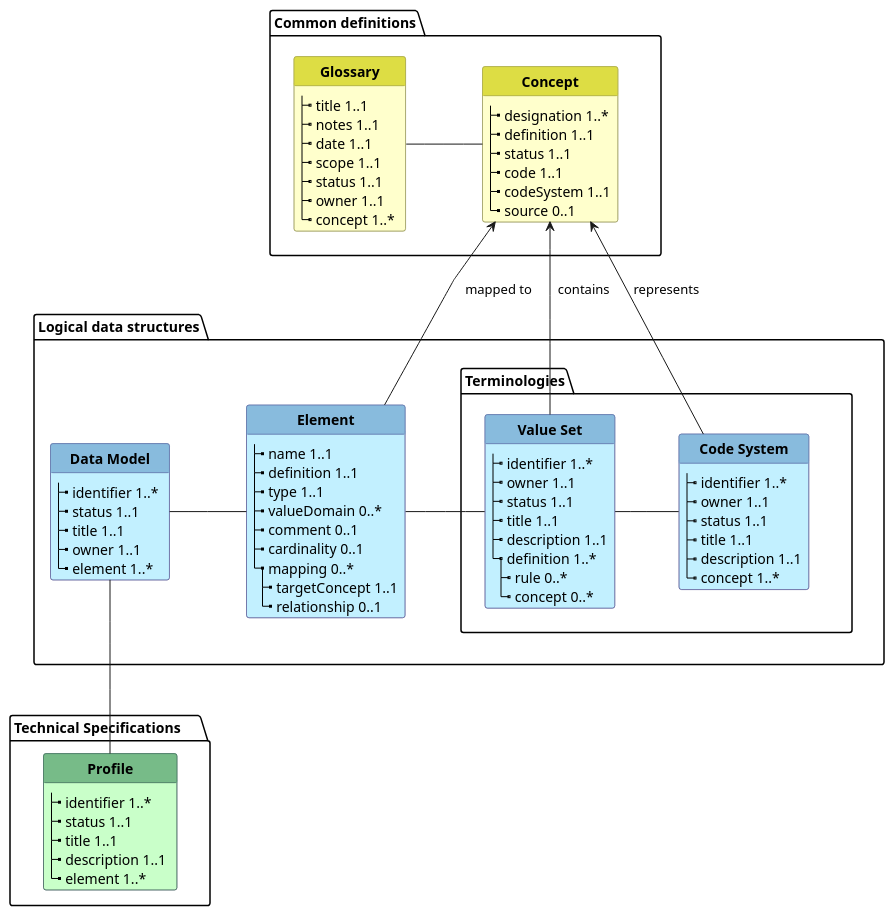
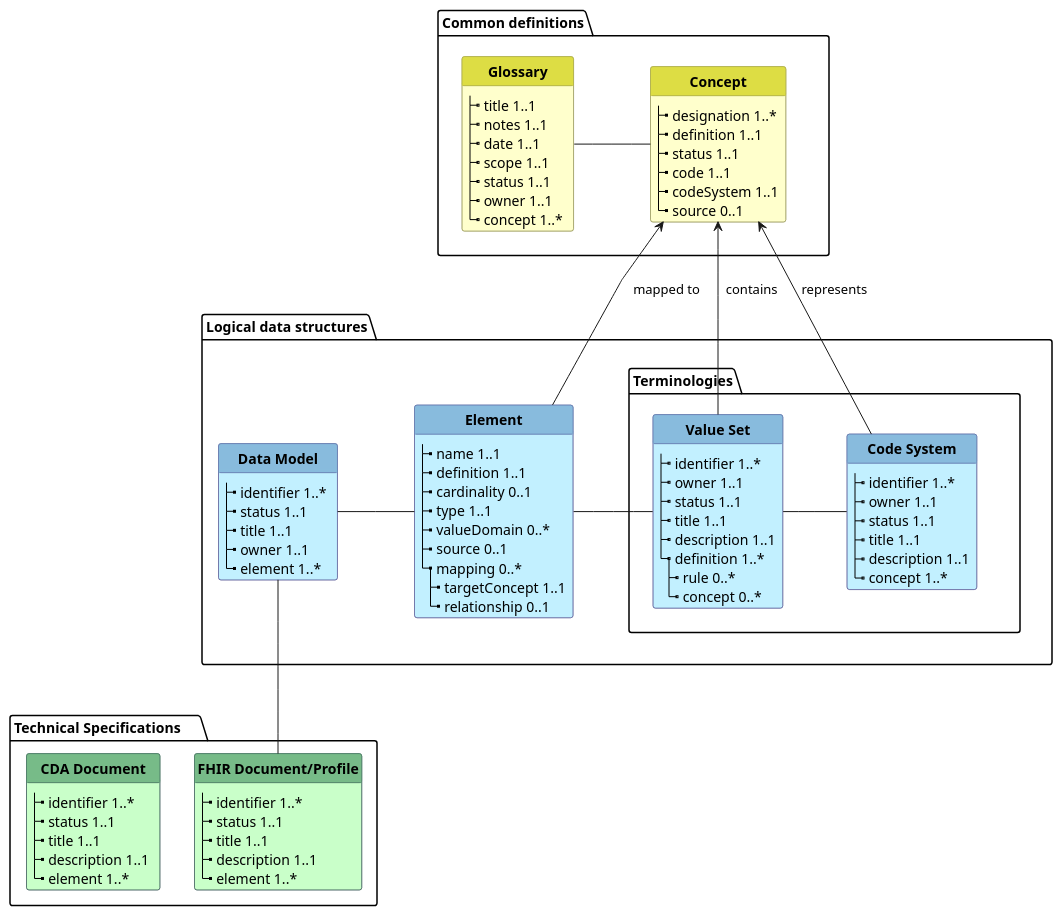
Before and after one commit to Xt-EHR/xt-ehr-metadata: the diagram in input/images-source/metadata.plantuml, drawn with PlantUML. The commit also changed 16 other files, not shown here.

```diff
--- a/input/images-source/metadata.plantuml
+++ b/input/images-source/metadata.plantuml
@@ -1,127 +1,135 @@
 @startuml
 
 'skinparam linetype ortho
 skinparam linetype polyline
 hide circle
 hide stereotype
 hide methods
 
 '!pragma layout smetana
 
 skinparam class<<MD>> {
  BorderColor DarkSlateGray
  BackgroundColor TECHNOLOGY
  HeaderBackgroundColor #7b8
 }
 
 skinparam class<<BU>> {
  BorderColor #909050
  BackgroundColor BUSINESS
  HeaderBackgroundColor #dd4
 }
 
 skinparam class<<TM>> {
  BorderColor #505090
  BackgroundColor APPLICATION
  HeaderBackgroundColor #8bd
 }
 
 
 Package "Common definitions" as glossary {
 
 class "**Glossary**" as G<<BU>> {
   |_ title 1..1
   |_ notes 1..1   
   |_ date 1..1
   |_ scope 1..1
   |_ status 1..1
   |_ owner 1..1
   |_ concept 1..*   
 }
 
 
 class "**Concept**" as C<<BU>> {
   |_ designation 1..*
   |_ definition 1..1
   |_ status 1..1
   |_ code 1..1 
   |_ codeSystem 1..1  
   |_ source 0..1    
 }
 
 }
 
 Package "Logical data structures" as logical {
 class "**Data Model**" as LM<<TM>> {
   |_ identifier 1..*   
   |_ status 1..1
   |_ title 1..1
   |_ owner 1..1
   |_ element 1..*
 }
 
 
 class "**Element**" as EL<<TM>> {
   |_ name 1..1
   |_ definition 1..1
+  |_ cardinality 0..1
   |_ type 1..1
   |_ valueDomain 0..*
-  |_ comment 0..1
-  |_ cardinality 0..1
+  |_ source 0..1
   |_ mapping 0..*
     |_ targetConcept 1..1  
     |_ relationship 0..1    
 }
 
 Package "Terminologies" as term {
 class "**Value Set**" as VS<<TM>> {
   |_ identifier 1..*   
   |_ owner 1..1   
   |_ status 1..1
   |_ title 1..1
   |_ description 1..1  
   |_ definition 1..*
     |_ rule 0..*
     |_ concept 0..*
 }
 
 class "**Code System**" as CS<<TM>> {
   |_ identifier 1..*   
   |_ owner 1..1   
   |_ status 1..1
   |_ title 1..1
   |_ description 1..1  
   |_ concept 1..*
 }
 }
 }
 
 Package "Technical Specifications     " as Profiles {
-class "**Profile**" as PR<<MD>> {
+class "**FHIR Document/Profile**" as PR<<MD>> {
+  |_ identifier 1..*   
+  |_ status 1..1
+  |_ title 1..1
+  |_ description 1..1   
+  |_ element 1..*
+}
+
+class "**CDA Document**" as CDA<<MD>> {
   |_ identifier 1..*   
   |_ status 1..1
   |_ title 1..1
   |_ description 1..1   
   |_ element 1..*
 }
 
 }
 
 
 
 G -r- C:  "            "  
 C <-r- CS: " represents " 
 C <-d- VS: "  contains "  
 C <-d- EL:  "   mapped to   "  
 
 LM -r- EL:  "            "  
 EL-r- VS: "             "
 VS -r- CS: "        "
 LM-d- PR: "      "
 
 LM -u[hidden]- G: "      "
 
 
 glossary -d[hidden]- term
 
 @enduml
```
